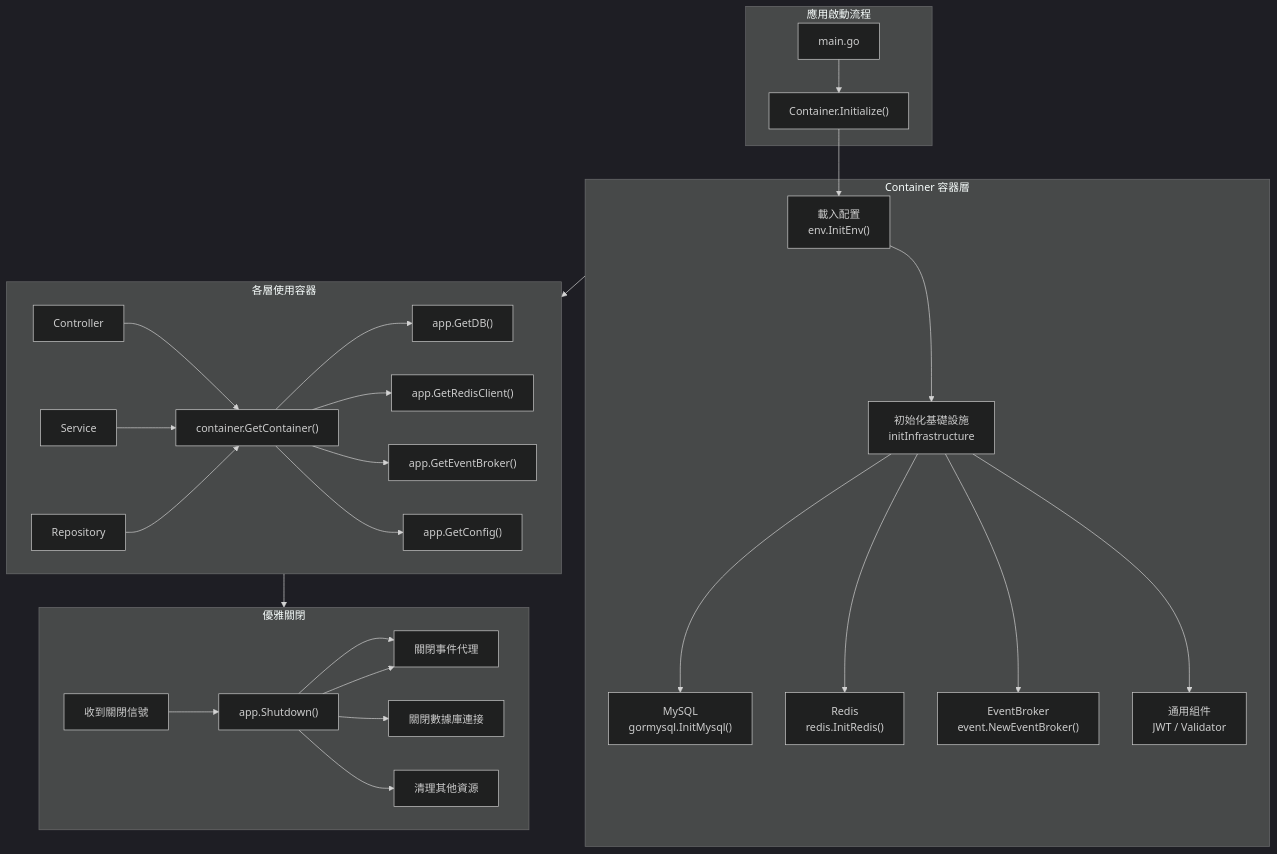
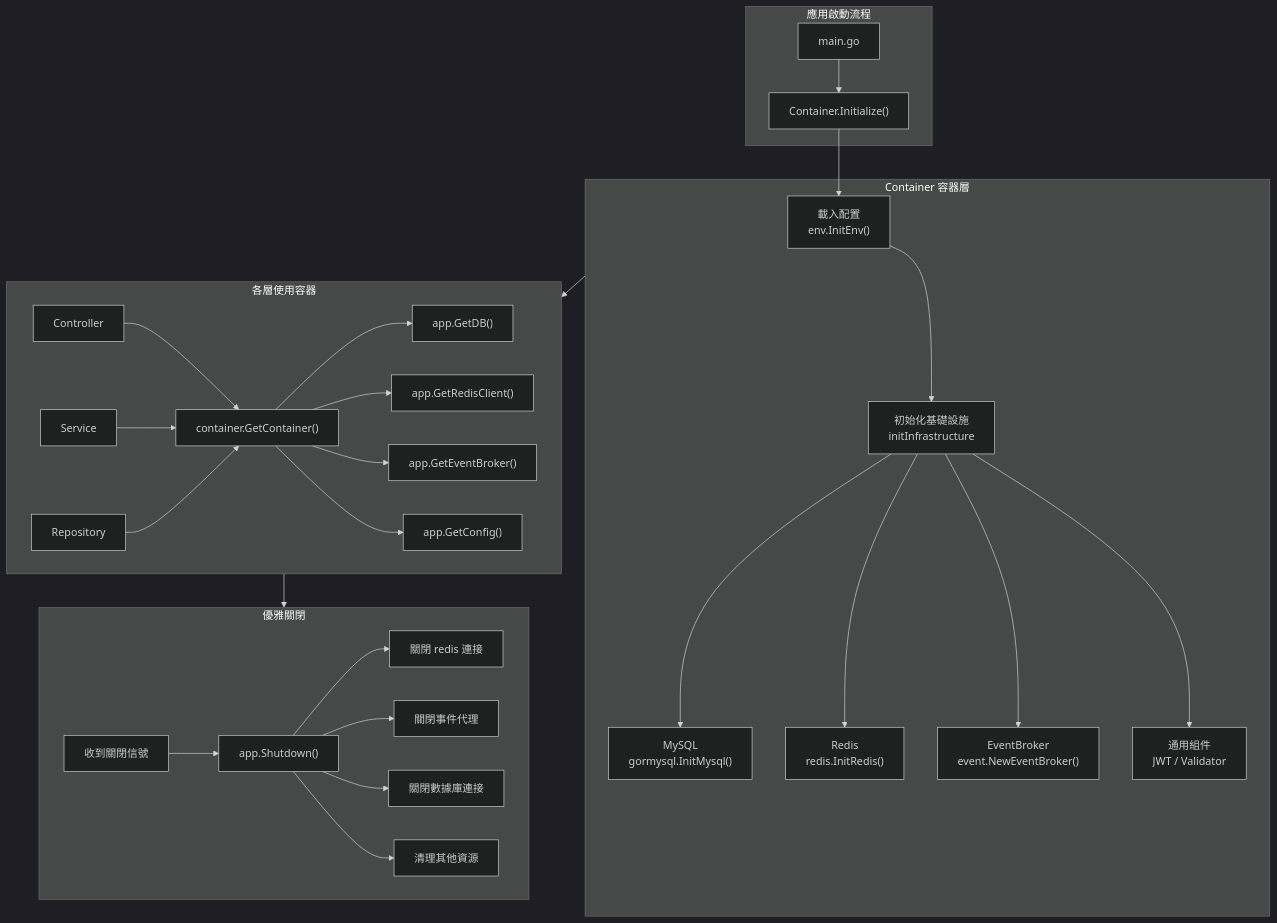
One commit to ericsiang/go-gin-arch changed the fourth of 4 diagrams in README.md. Above: the diagram before and after it, drawn with Mermaid (dark theme).

Commit message:
更新 readme

````diff
--- a/README.md
+++ b/README.md
@@ -319,39 +319,39 @@
 ``` mermaid
 graph TB
     subgraph AppStart ["應用啟動流程"]
         Main["main.go"] --> Container["Container.Initialize()"]
     end
     
     subgraph ContainerLayer ["Container 容器層"]
         Container --> ConfigLoad["載入配置<br/>env.InitEnv()"]
         ConfigLoad --> InfraInit["初始化基礎設施<br/>initInfrastructure"]
         
         InfraInit --> MySQL["MySQL<br/>gormysql.InitMysql()"]
         InfraInit --> Redis["Redis<br/>redis.InitRedis()"]
         InfraInit --> EventBroker["EventBroker<br/>event.NewEventBroker()"]
         InfraInit --> Common["通用組件<br/>JWT / Validator"]
     end
     
     subgraph Usage ["各層使用容器"]
         Controller["Controller"] --> GetContainer["container.GetContainer()"]
         Service["Service"] --> GetContainer
         Repository["Repository"] --> GetContainer
         
         GetContainer --> GetDB["app.GetDB()"]
         GetContainer --> GetRedis["app.GetRedisClient()"]
         GetContainer --> GetBroker["app.GetEventBroker()"]
         GetContainer --> GetConfig["app.GetConfig()"]
     end
     
     subgraph Shutdown ["優雅關閉"]
         Signal["收到關閉信號"] --> AppShutdown["app.Shutdown()"]
-        AppShutdown --> CloseBroker["關閉 redis 連接"]
+        AppShutdown --> CloseRedis["關閉 redis 連接"]
         AppShutdown --> CloseBroker["關閉事件代理"]
         AppShutdown --> CloseDB["關閉數據庫連接"]
         AppShutdown --> CleanRes["清理其他資源"]
     end
     
     ContainerLayer --> Usage
     Usage --> Shutdown
     
 ```
````
